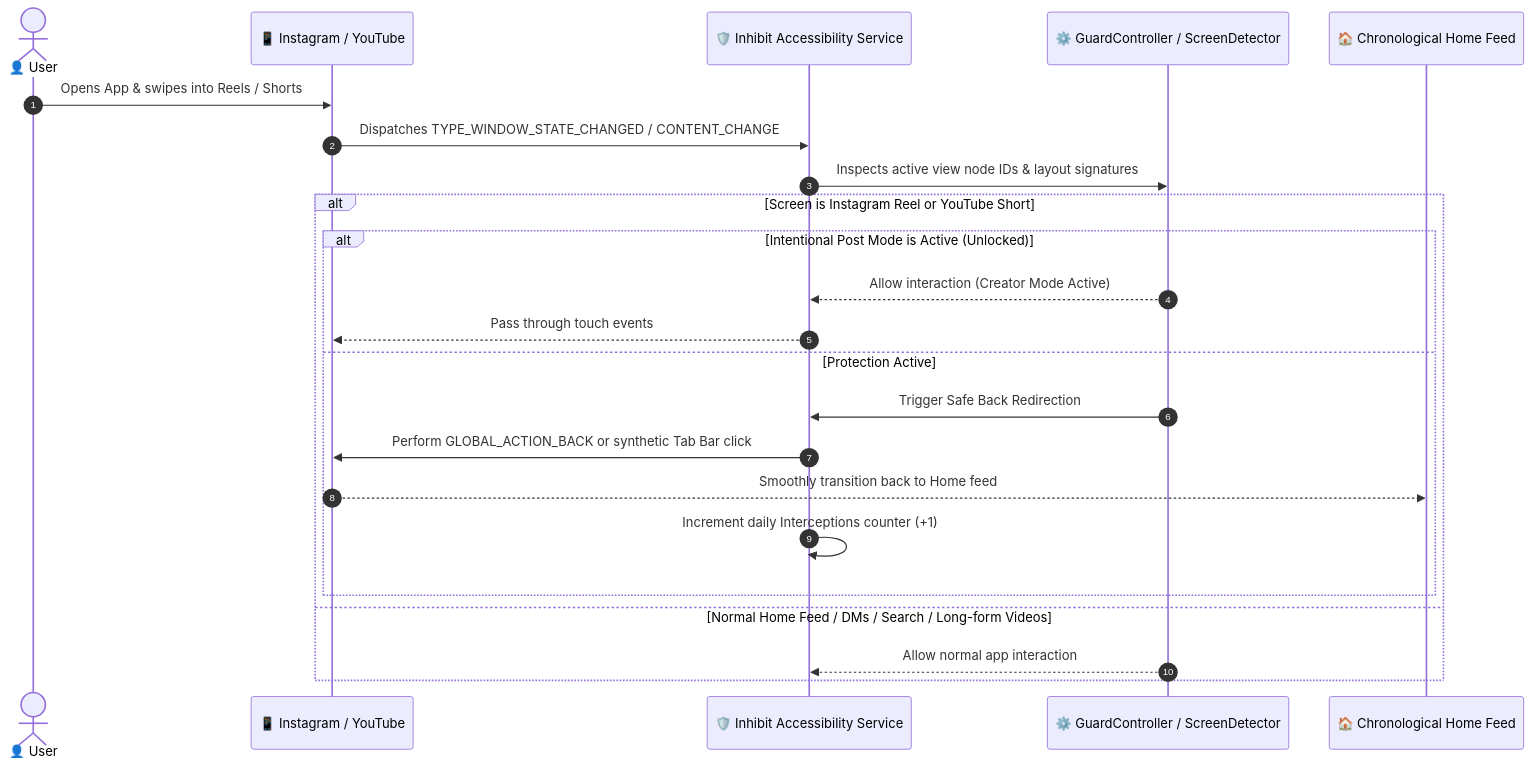
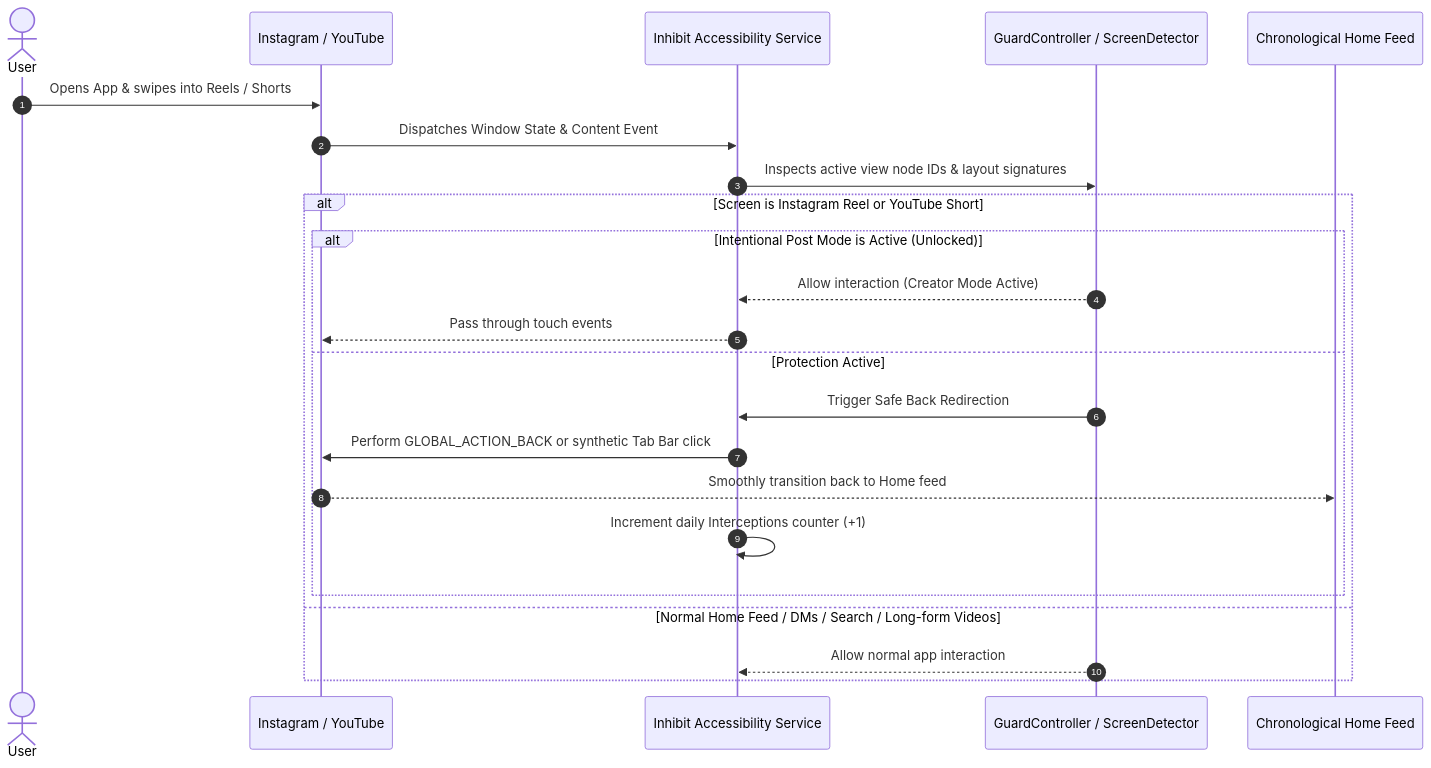
One commit to pavanstarkin-tech/inhibit changed the first of 3 diagrams in README.md. Above: the diagram before and after it, drawn with Mermaid. The commit also changed other lines of this file, not shown here.

Commit message:
Fix mermaid rendering by removing details tag wrappers and clean syntax

````diff
--- a/README.md
+++ b/README.md
@@ -47,26 +46,26 @@
 ```mermaid
 sequenceDiagram
     autonumber
-    actor User as 👤 User
-    participant App as 📱 Instagram / YouTube
-    participant Acc as 🛡️ Inhibit Accessibility Service
-    participant Guard as ⚙️ GuardController / ScreenDetector
-    participant Feed as 🏠 Chronological Home Feed
+    actor User as User
+    participant App as Instagram / YouTube
+    participant Acc as Inhibit Accessibility Service
+    participant Guard as GuardController / ScreenDetector
+    participant Feed as Chronological Home Feed
 
     User->>App: Opens App & swipes into Reels / Shorts
-    App->>Acc: Dispatches TYPE_WINDOW_STATE_CHANGED / CONTENT_CHANGE
+    App->>Acc: Dispatches Window State & Content Event
     Acc->>Guard: Inspects active view node IDs & layout signatures
     alt Screen is Instagram Reel or YouTube Short
         alt Intentional Post Mode is Active (Unlocked)
             Guard-->>Acc: Allow interaction (Creator Mode Active)
             Acc-->>App: Pass through touch events
         else Protection Active
             Guard->>Acc: Trigger Safe Back Redirection
             Acc->>App: Perform GLOBAL_ACTION_BACK or synthetic Tab Bar click
             App-->>Feed: Smoothly transition back to Home feed
             Acc->>Acc: Increment daily Interceptions counter (+1)
         end
     else Normal Home Feed / DMs / Search / Long-form Videos
         Guard-->>Acc: Allow normal app interaction
     end
 ```
````
